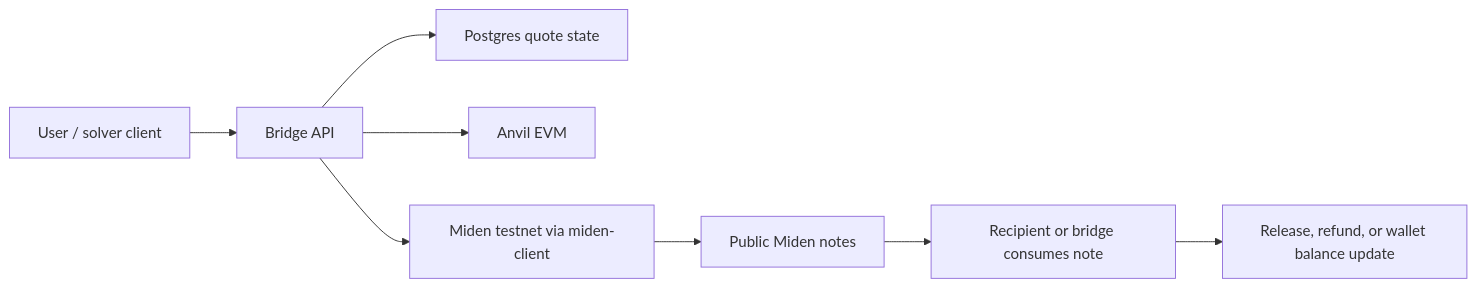
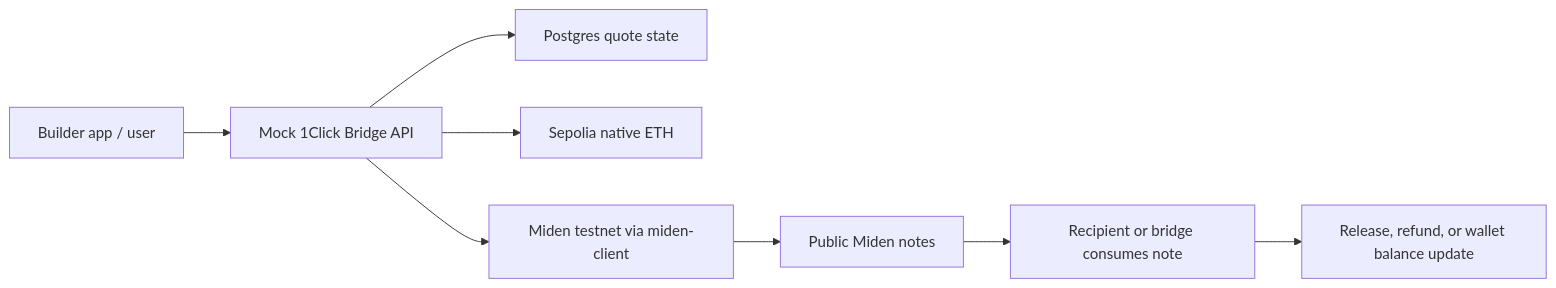
The first of 3 diagrams in README.md (BrianSeong99/miden-testnet-bridge), drawn with Mermaid before and after one commit. The commit also changed other lines of this file and 11 other files, not shown here.

````diff
--- a/README.md
+++ b/README.md
@@ -79,10 +108,10 @@
 ```mermaid
 flowchart LR
-    User["User / solver client"] --> BridgeAPI["Bridge API"]
+    User["Builder app / user"] --> BridgeAPI["Mock 1Click Bridge API"]
     BridgeAPI --> Postgres["Postgres quote state"]
-    BridgeAPI --> Anvil["Anvil EVM"]
+    BridgeAPI --> Sepolia["Sepolia native ETH"]
     BridgeAPI --> Miden["Miden testnet via miden-client"]
     Miden --> Notes["Public Miden notes"]
     Notes --> Claim["Recipient or bridge consumes note"]
     Claim --> Final["Release, refund, or wallet balance update"]
 ```
````
